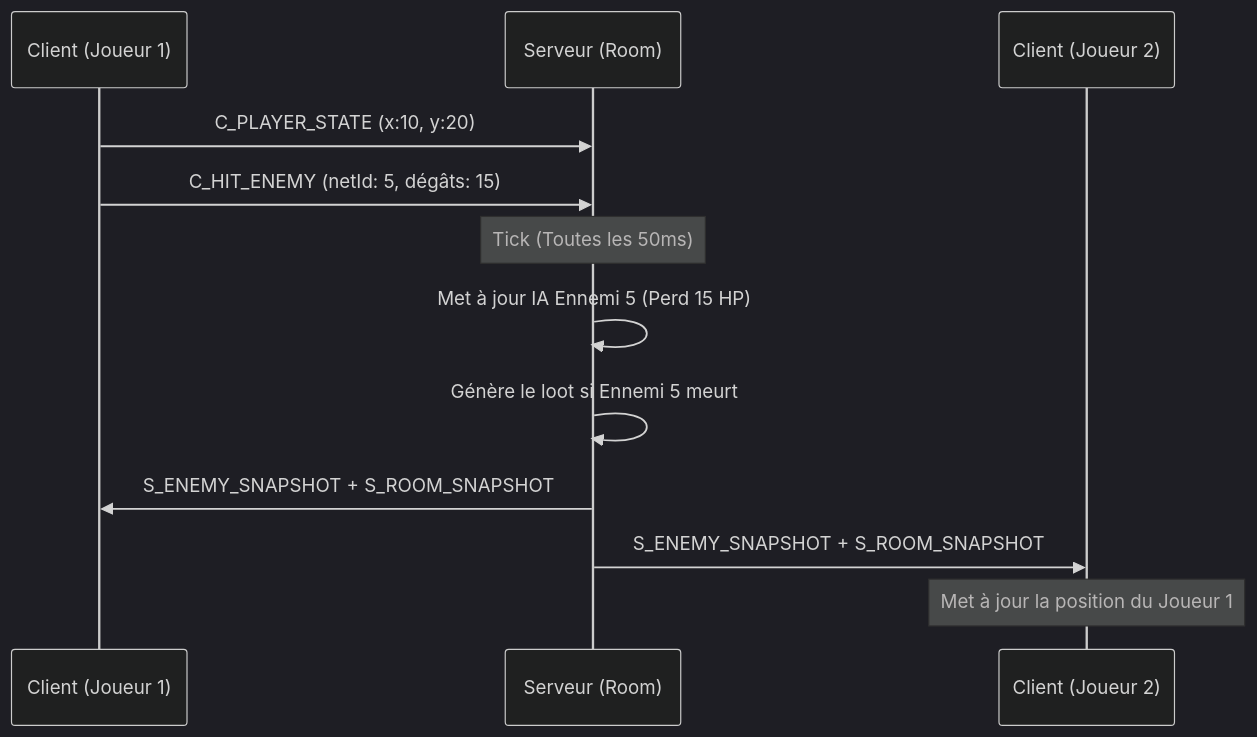
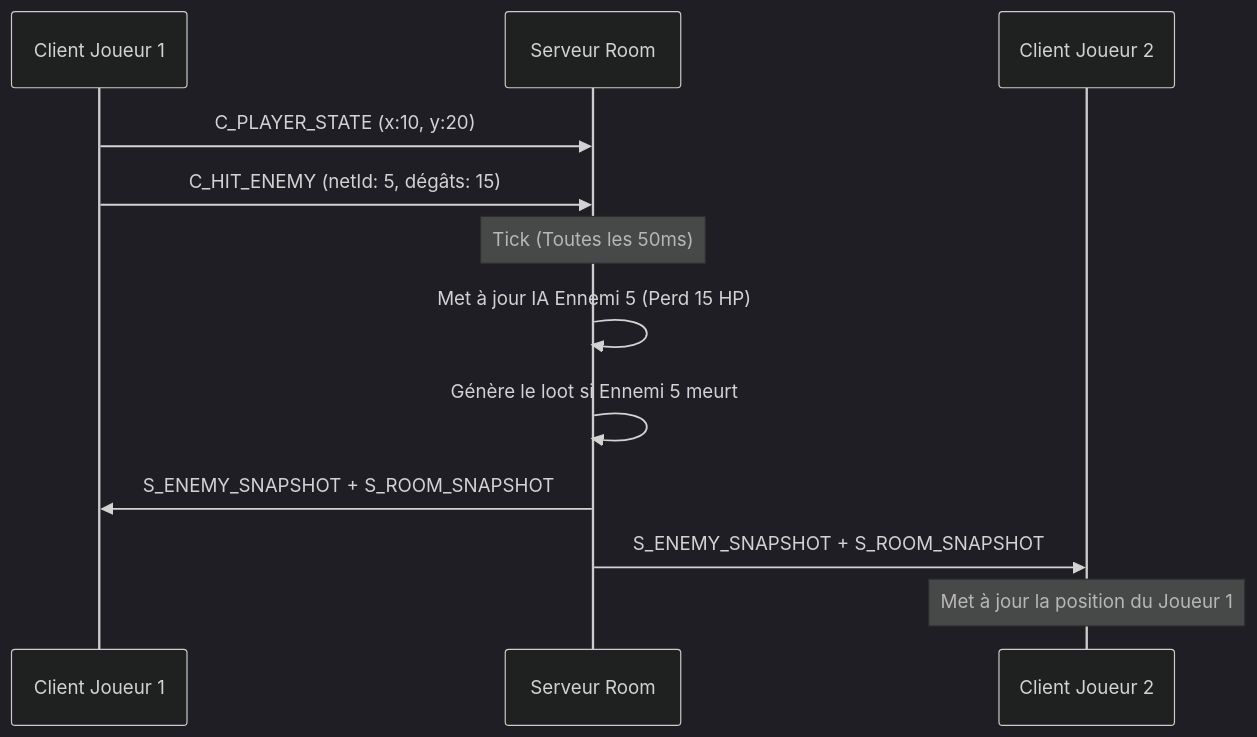
The third of 3 diagrams in README.md (remisarrailh/ragederue), drawn with Mermaid (dark theme) before and after one commit. The commit also changed other lines of this file, not shown here.

First line of the commit message:
Fix Mermaid syntax and enhance README clarity

````diff
--- a/README.md
+++ b/README.md
@@ -104,19 +104,19 @@
 ```mermaid
 sequenceDiagram
-    participant C as Client (Joueur 1)
-    participant S as Serveur (Room)
-    participant C2 as Client (Joueur 2)
+    participant C as Client Joueur 1
+    participant S as Serveur Room
+    participant C2 as Client Joueur 2
 
     C->>S: C_PLAYER_STATE (x:10, y:20)
     C->>S: C_HIT_ENEMY (netId: 5, dégâts: 15)
     
     Note over S: Tick (Toutes les 50ms)
     S->>S: Met à jour IA Ennemi 5 (Perd 15 HP)
     S->>S: Génère le loot si Ennemi 5 meurt
     
     S->>C: S_ENEMY_SNAPSHOT + S_ROOM_SNAPSHOT
     S->>C2: S_ENEMY_SNAPSHOT + S_ROOM_SNAPSHOT
     
     Note over C2: Met à jour la position du Joueur 1
 
 ```
````
